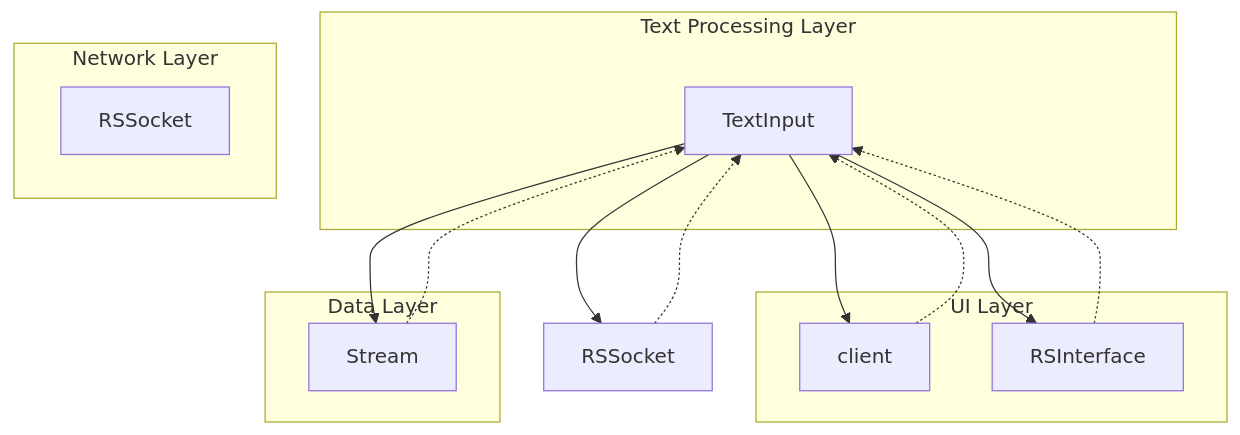
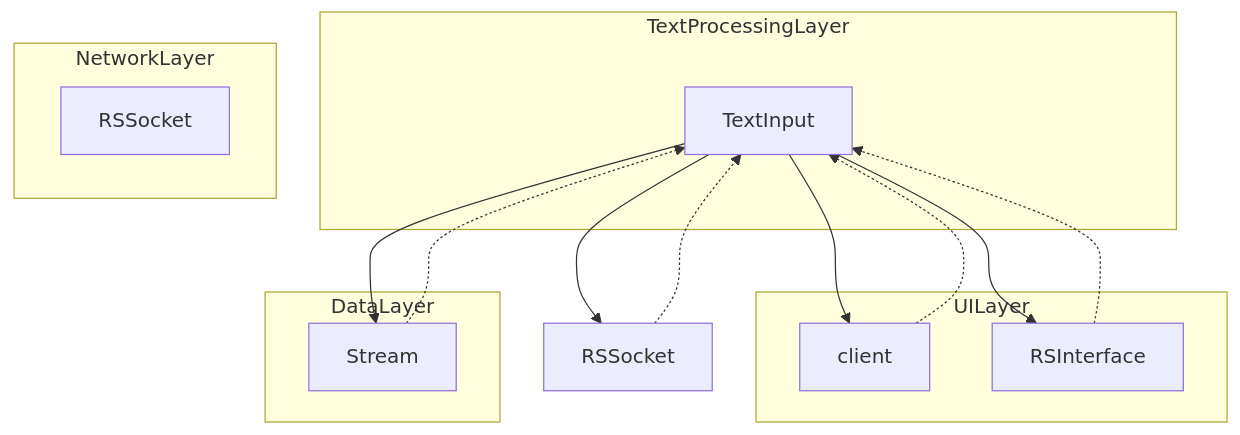
The diagram in bytecode/mapping/evidence/verified/TextInput_RTHTIIVA.md (daxxog/solmud), drawn with Mermaid before and after one commit. The commit also changed 10 other files, not shown here.

````diff
--- a/bytecode/mapping/evidence/verified/TextInput_RTHTIIVA.md
+++ b/bytecode/mapping/evidence/verified/TextInput_RTHTIIVA.md
@@ -15,29 +15,29 @@
 ```mermaid
 graph TD
     TextInput --> Client[client]
     TextInput --> Network[RSSocket]
     TextInput --> UI[RSInterface]
     TextInput --> Stream[Stream]
 
-    subgraph "Text Processing Layer"
+    subgraph TextProcessingLayer
         TextInput
     end
 
-    subgraph "Network Layer"
+    subgraph NetworkLayer
         RSSocket
     end
 
-    subgraph "UI Layer"
+    subgraph UILayer
         Client
         UI
     end
 
-    subgraph "Data Layer"
+    subgraph DataLayer
         Stream
     end
 
     Client -.-> TextInput
     Network -.-> TextInput
     UI -.-> TextInput
     Stream -.-> TextInput
 ```
````
